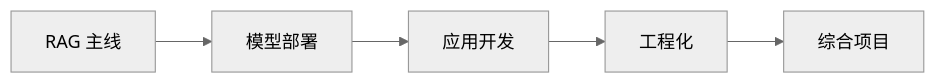
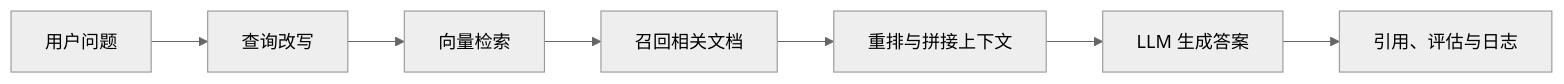
One commit to oudbiao/AI-fullstack-course changed the diagram in docs/stage8b/index.md. Above: the diagram before and after it, drawn with Mermaid (neutral theme). The commit also changed other lines of this file and 95 other files, not shown here.

````diff
--- a/docs/stage8b/index.md
+++ b/docs/stage8b/index.md
@@ -67,7 +25,9 @@
 ```mermaid
 flowchart LR
-    A["RAG 主线"] --> B["模型部署"]
-    B --> C["应用开发"]
-    C --> D["工程化"]
-    D --> E["综合项目"]
+  A[用户问题] --> B[查询改写]
+  B --> C[向量检索]
+  C --> D[召回相关文档]
+  D --> E[重排与拼接上下文]
+  E --> F[LLM 生成答案]
+  F --> G[引用、评估与日志]
 ```
````
